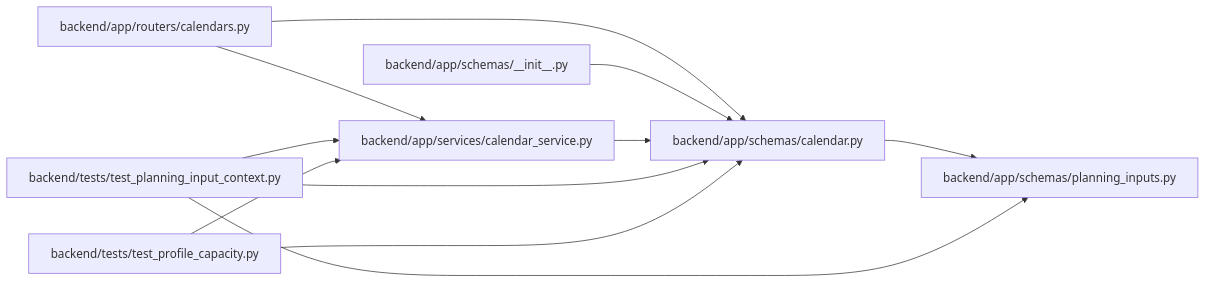
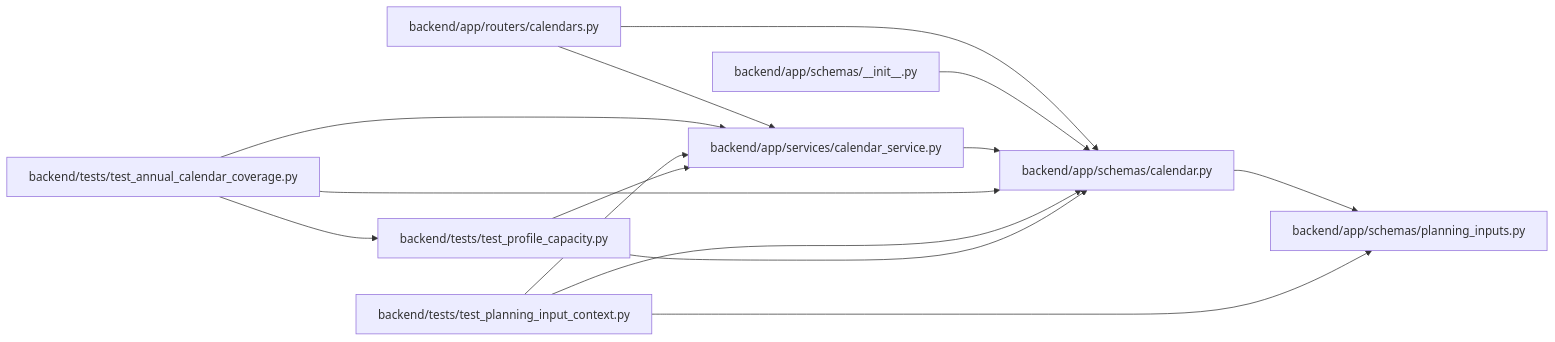
One commit to Denissvgn/WorkChord changed the diagram in docs/llm_wiki/modules/schemas_calendar.md. Above: the diagram before and after it, drawn with Mermaid. The commit also changed other lines of this file and 920 other files, not shown here.

````diff
--- a/docs/llm_wiki/modules/schemas_calendar.md
+++ b/docs/llm_wiki/modules/schemas_calendar.md
@@ -21,27 +21,32 @@
 ```mermaid
 flowchart LR
     n0["backend/app/routers/calendars.py"]
     n1["backend/app/schemas/__init__.py"]
     n2["backend/app/schemas/calendar.py"]
     n3["backend/app/schemas/planning_inputs.py"]
     n4["backend/app/services/calendar_service.py"]
-    n5["backend/tests/test_planning_input_context.py"]
-    n6["backend/tests/test_profile_capacity.py"]
+    n5["backend/tests/test_annual_calendar_coverage.py"]
+    n6["backend/tests/test_planning_input_context.py"]
+    n7["backend/tests/test_profile_capacity.py"]
     n0 --> n2
     n0 --> n4
     n1 --> n2
     n2 --> n3
     n4 --> n2
     n5 --> n2
-    n5 --> n3
     n5 --> n4
+    n5 --> n7
     n6 --> n2
+    n6 --> n3
     n6 --> n4
+    n7 --> n2
+    n7 --> n4
     click n0 "../modules/calendars.md"
     click n1 "../modules/schemas___init__.md"
     click n2 "../modules/schemas_calendar.md"
     click n3 "../modules/planning_inputs.md"
     click n4 "../modules/calendar_service.md"
-    click n5 "../modules/test_planning_input_context.md"
-    click n6 "../modules/test_profile_capacity.md"
+    click n5 "../modules/test_annual_calendar_coverage.md"
+    click n6 "../modules/test_planning_input_context.md"
+    click n7 "../modules/test_profile_capacity.md"
 ```
````
